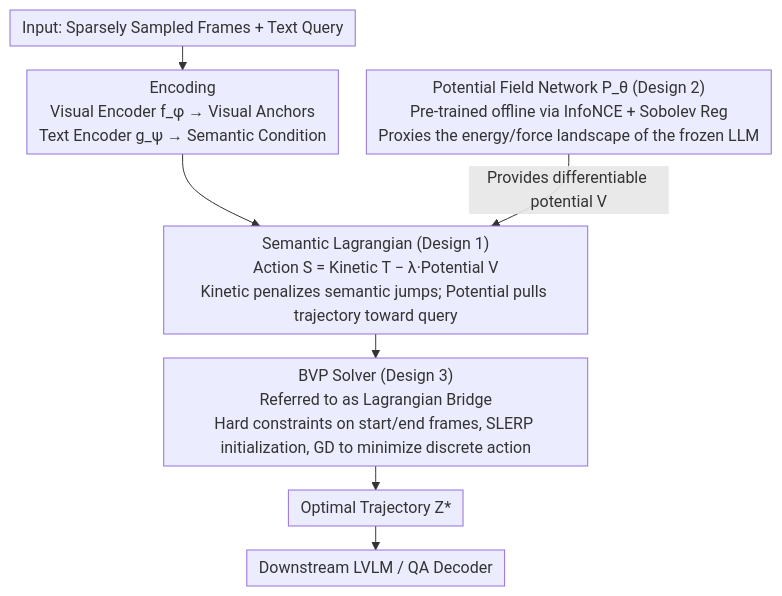
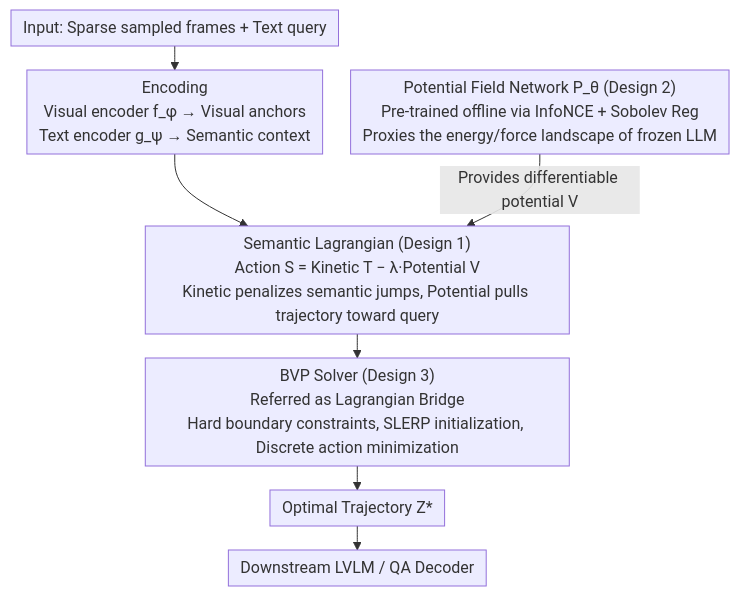
One commit to zhaoyang97/Paper-Notes-en changed the diagram in docs/ICML2026/video_understanding/slap_the_semantic_least_action_principle_for_variational_video-language_modeling.md. Above: the diagram before and after it, drawn with Mermaid. The commit also changed other lines of this file and 5084 other files, not shown here.

````diff
--- a/docs/ICML2026/video_understanding/slap_the_semantic_least_action_principle_for_variational_video-language_modeling.md
+++ b/docs/ICML2026/video_understanding/slap_the_semantic_least_action_principle_for_variational_video-language_modeling.md
@@ -50,12 +50,12 @@
 ```mermaid
 %%{init: {'flowchart': {'rankSpacing': 24, 'nodeSpacing': 28, 'padding': 6, 'wrappingWidth': 400}}}%%
 flowchart TD
-    A["Input: Sparsely Sampled Frames + Text Query"]
-    A --> B["Encoding<br/>Visual Encoder f_φ → Visual Anchors<br/>Text Encoder g_ψ → Semantic Condition"]
-    B --> C["Semantic Lagrangian (Design 1)<br/>Action S = Kinetic T − λ·Potential V<br/>Kinetic penalizes semantic jumps; Potential pulls trajectory toward query"]
-    P["Potential Field Network P_θ (Design 2)<br/>Pre-trained offline via InfoNCE + Sobolev Reg<br/>Proxies the energy/force landscape of the frozen LLM"]
+    A["Input: Sparse sampled frames + Text query"]
+    A --> B["Encoding<br/>Visual encoder f_φ → Visual anchors<br/>Text encoder g_ψ → Semantic context"]
+    B --> C["Semantic Lagrangian (Design 1)<br/>Action S = Kinetic T − λ·Potential V<br/>Kinetic penalizes semantic jumps, Potential pulls trajectory toward query"]
+    P["Potential Field Network P_θ (Design 2)<br/>Pre-trained offline via InfoNCE + Sobolev Reg<br/>Proxies the energy/force landscape of frozen LLM"]
     P -->|Provides differentiable potential V| C
-    C --> D["BVP Solver (Design 3)<br/>Referred to as Lagrangian Bridge<br/>Hard constraints on start/end frames, SLERP initialization, GD to minimize discrete action"]
+    C --> D["BVP Solver (Design 3)<br/>Referred as Lagrangian Bridge<br/>Hard boundary constraints, SLERP initialization, Discrete action minimization"]
     D --> E["Optimal Trajectory Z*"]
     E --> F["Downstream LVLM / QA Decoder"]
 ```
````
